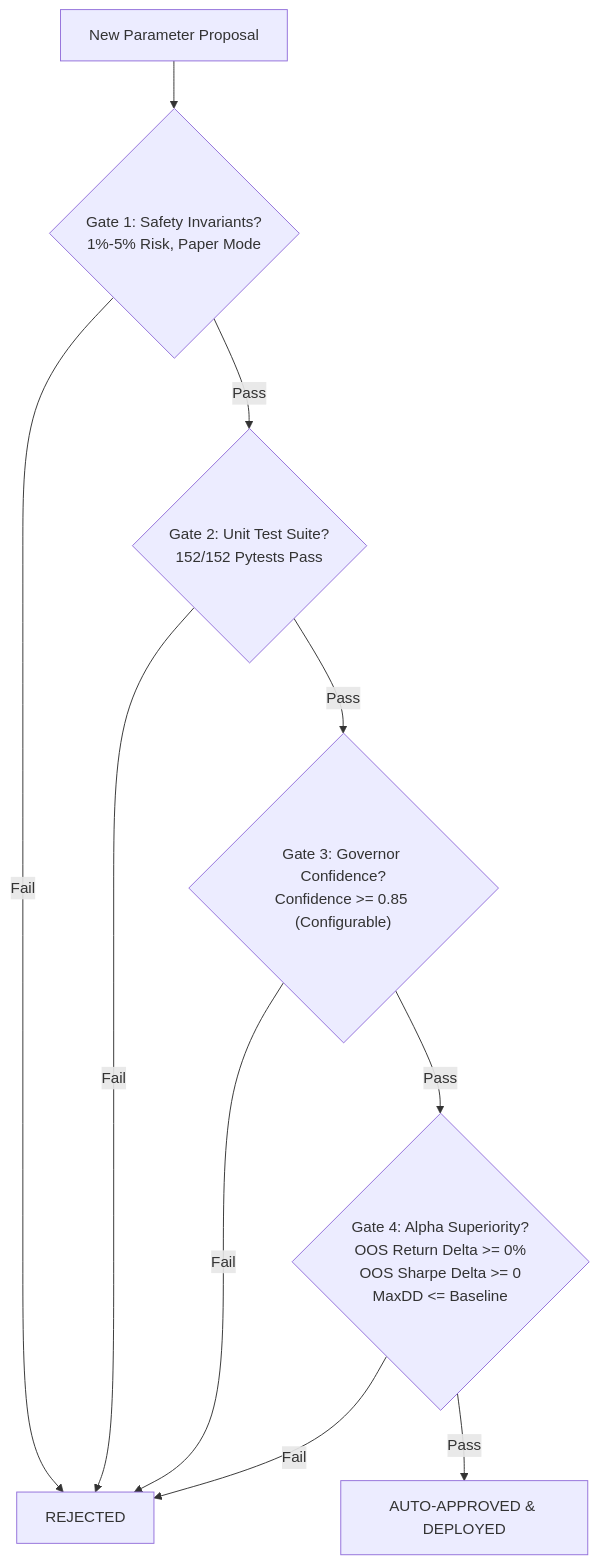
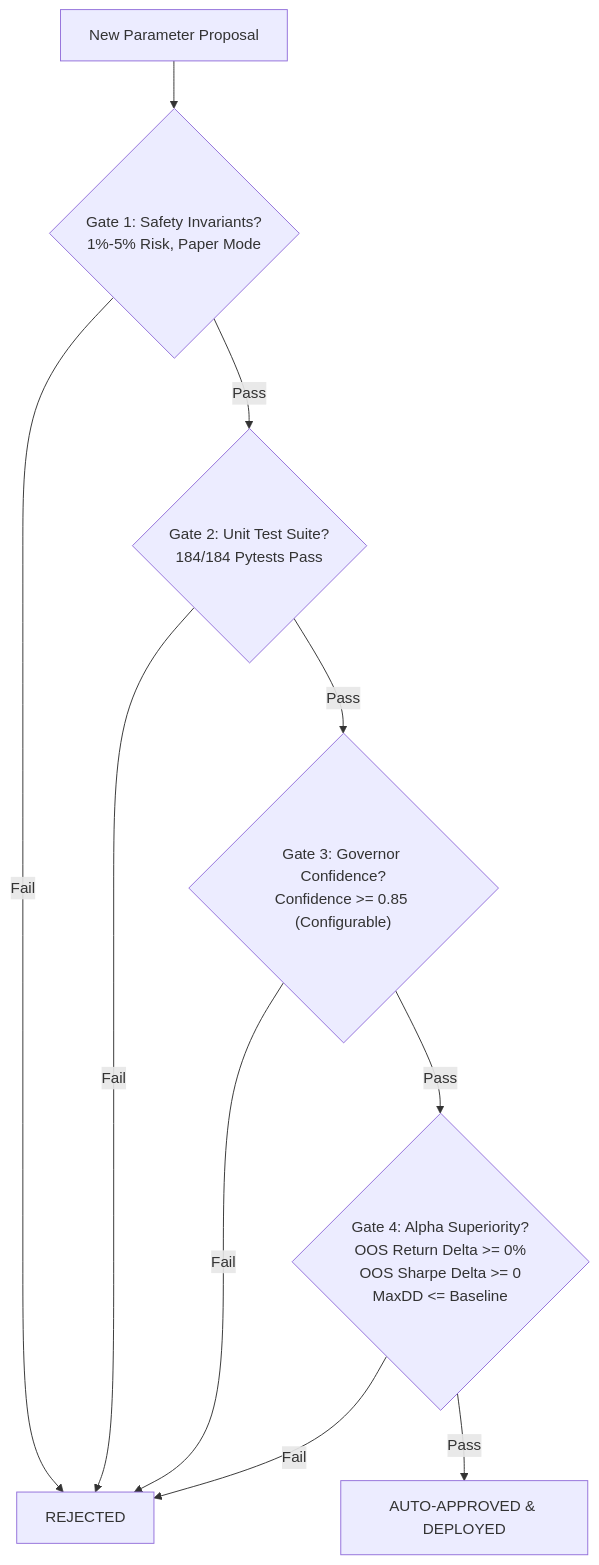
One commit to iShmuel/web4-trading-agent changed the fourth of 5 diagrams in docs/SYSTEM_WALKTHROUGH.md. Above: the diagram before and after it, drawn with Mermaid. The commit also changed other lines of this file and 3 other files, not shown here.

````diff
--- a/docs/SYSTEM_WALKTHROUGH.md
+++ b/docs/SYSTEM_WALKTHROUGH.md
@@ -359,12 +359,12 @@
 ```mermaid
 flowchart TD
     Candidate["New Parameter Proposal"] --> G1{"Gate 1: Safety Invariants?<br/>1%-5% Risk, Paper Mode"}
     G1 -- Fail --> Reject["REJECTED"]
-    G1 -- Pass --> G2{"Gate 2: Unit Test Suite?<br/>152/152 Pytests Pass"}
+    G1 -- Pass --> G2{"Gate 2: Unit Test Suite?<br/>184/184 Pytests Pass"}
     G2 -- Fail --> Reject
     G2 -- Pass --> G3{"Gate 3: Governor Confidence?<br/>Confidence >= 0.85 (Configurable)"}
     G3 -- Fail --> Reject
     G3 -- Pass --> G4{"Gate 4: Alpha Superiority?<br/>OOS Return Delta >= 0%<br/>OOS Sharpe Delta >= 0<br/>MaxDD <= Baseline"}
     G4 -- Fail --> Reject
     G4 -- Pass --> Deploy["AUTO-APPROVED & DEPLOYED"]
 ```
````
